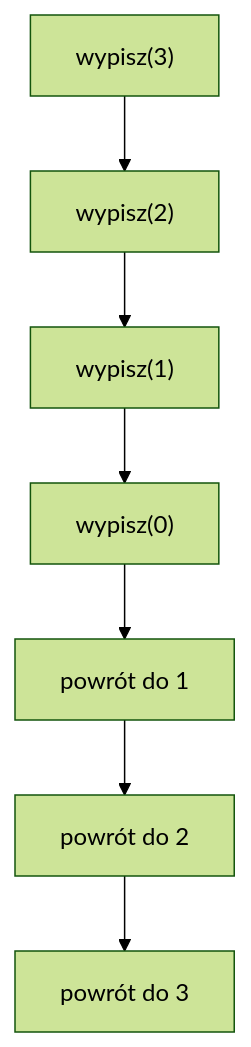
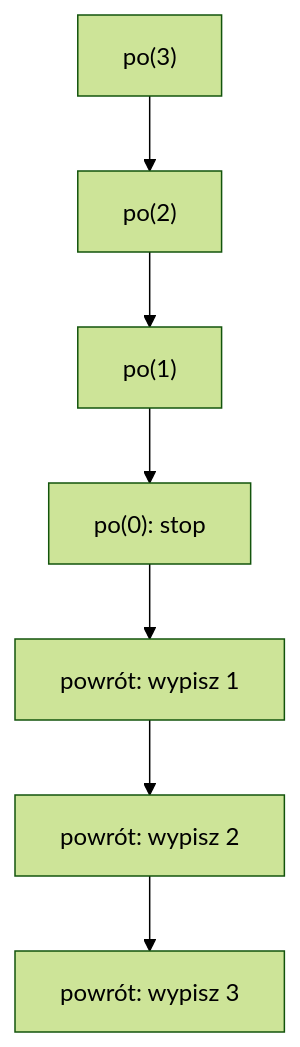
One commit to mariuszsmolka-stack/cpp-matura-2026 changed the diagram in docs/16-rekurencja-i-algorytmy-maturalne/02-stos-wywolan-i-kolejnosc-dzialania.md. Above: the diagram before and after it, drawn with Mermaid (forest theme). The commit also changed other lines of this file and 11 other files, not shown here.

````diff
--- a/docs/16-rekurencja-i-algorytmy-maturalne/02-stos-wywolan-i-kolejnosc-dzialania.md
+++ b/docs/16-rekurencja-i-algorytmy-maturalne/02-stos-wywolan-i-kolejnosc-dzialania.md
@@ -48,9 +62,9 @@
 ```mermaid
 flowchart TD
-    A["wypisz(3)"] --> B["wypisz(2)"]
-    B --> C["wypisz(1)"]
-    C --> D["wypisz(0)"]
-    D --> E["powrót do 1"]
-    E --> F["powrót do 2"]
-    F --> G["powrót do 3"]
+    A["po(3)"] --> B["po(2)"]
+    B --> C["po(1)"]
+    C --> D["po(0): stop"]
+    D --> E["powrót: wypisz 1"]
+    E --> F["powrót: wypisz 2"]
+    F --> G["powrót: wypisz 3"]
 ```
````
